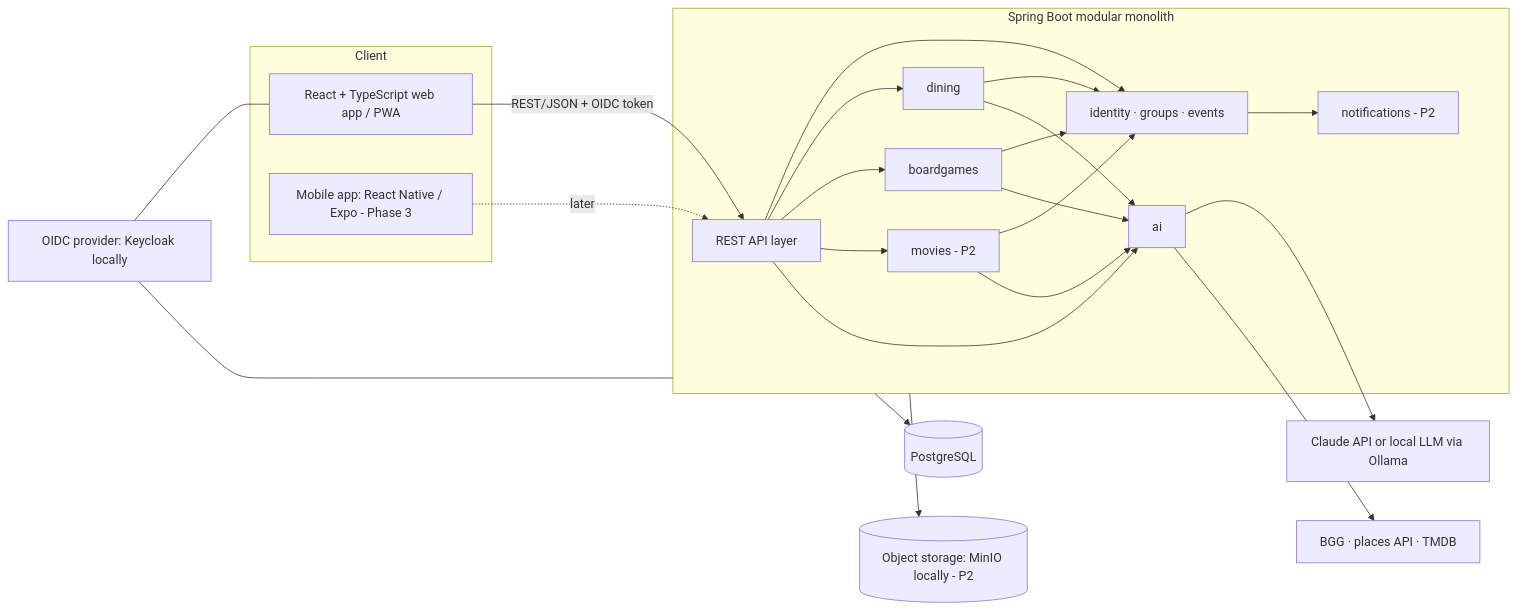
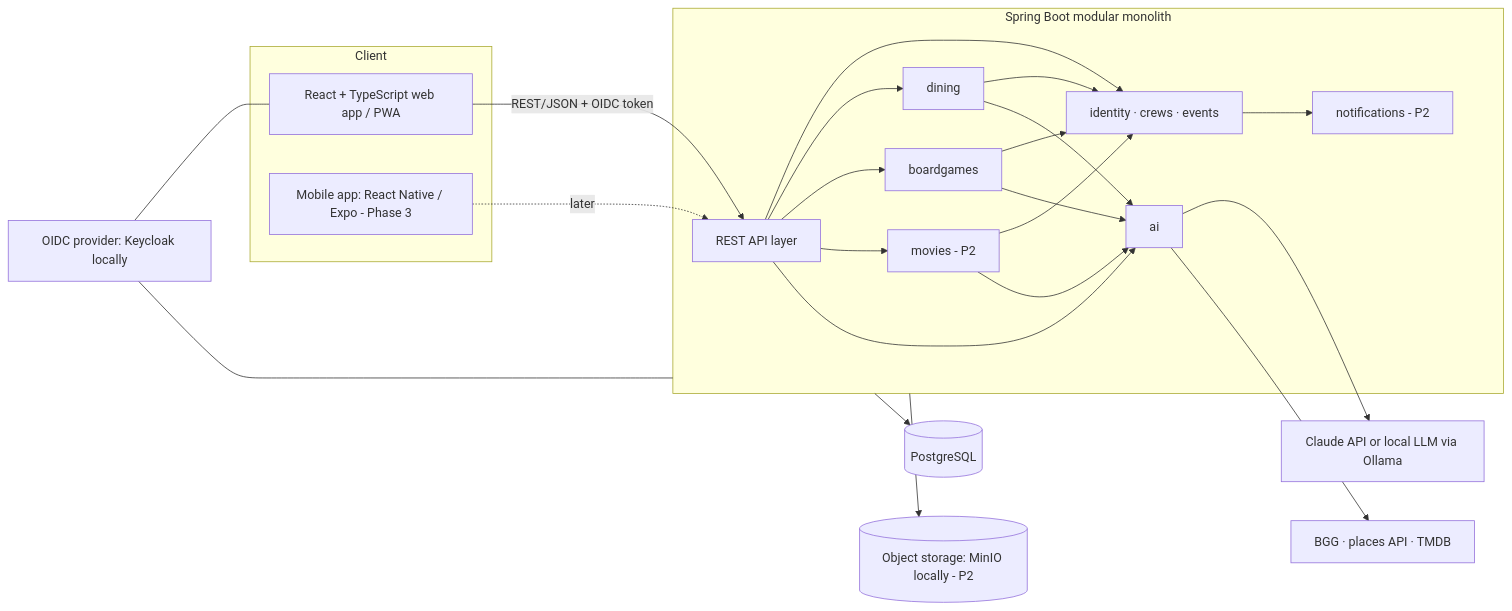
The diagram in docs/architecture.md (sadamick2112/crewup), drawn with Mermaid before and after one commit. The commit also changed other lines of this file and 6 other files, not shown here.

````diff
--- a/docs/architecture.md
+++ b/docs/architecture.md
@@ -11,26 +11,26 @@
 ```mermaid
 flowchart LR
   subgraph Client
     W[React + TypeScript web app / PWA]
     M[Mobile app: React Native / Expo - Phase 3]
   end
   W -- REST/JSON + OIDC token --> API
   M -. later .-> API
   subgraph Backend [Spring Boot modular monolith]
     API[REST API layer]
-    API --> CORE[identity · groups · events]
+    API --> CORE[identity · crews · events]
     API --> DIN[dining]
     API --> BG[boardgames]
     API --> MOV[movies - P2]
     API --> AI[ai]
     CORE --> NOTIF[notifications - P2]
     DIN & BG & MOV --> CORE
     DIN & BG & MOV --> AI
   end
   Backend --> PG[(PostgreSQL)]
   Backend --> S3[(Object storage: MinIO locally - P2)]
   OIDC[OIDC provider: Keycloak locally] --- W
   OIDC --- Backend
   AI --> CLAUDE[Claude API or local LLM via Ollama]
   AI --> EXT[BGG · places API · TMDB]
 ```
````
